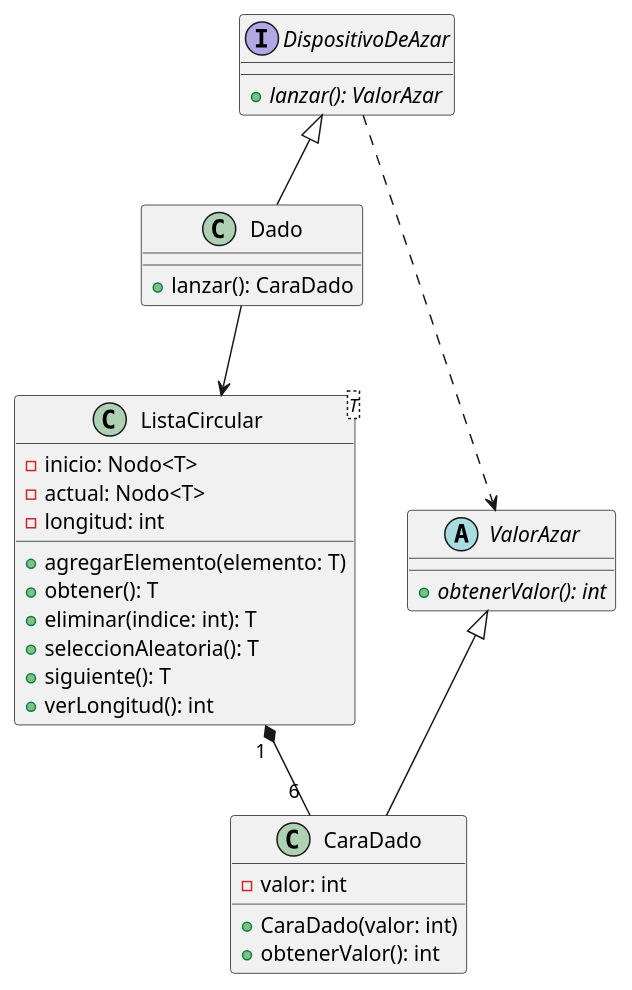
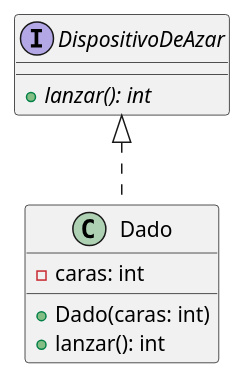
The diagram in diagrams/classes/DiagramasAlgoRomaUML/DispositivosDeAzar.puml (CrissRMFI/TP2-AlgoIII), drawn with PlantUML before and after one commit. The commit also changed 25 other files, not shown here.

Commit message:
se agregan mas diagramas de clases. se elimina ControlCaracteres.java porque no estaba siendo usado.

```diff
--- a/diagrams/classes/DiagramasAlgoRomaUML/DispositivosDeAzar.puml
+++ b/diagrams/classes/DiagramasAlgoRomaUML/DispositivosDeAzar.puml
@@ -1,43 +1,16 @@
 @startuml DispositivoDeAzar
 
 interface DispositivoDeAzar{
-    {abstract}+lanzar(): ValorAzar
+    +{abstract}lanzar(): int
 }
 
-abstract class ValorAzar{
-    +{abstract}obtenerValor(): int
+
+class Dado{
+    -caras: int
+    +Dado(caras: int)
+    +lanzar(): int
 }
 
-class Dado{
-    +lanzar(): CaraDado
-}
-
-class CaraDado{
-    -valor: int
-    +CaraDado(valor: int)
-    +obtenerValor(): int
-}
-
-class ListaCircular<T>{
-    -inicio: Nodo<T>
-    -actual: Nodo<T>
-    -longitud: int
-    +agregarElemento(elemento: T)
-    +obtener(): T
-    +eliminar(indice: int): T
-    +seleccionAleatoria(): T
-    +siguiente(): T
-    +verLongitud(): int
-}
-
-DispositivoDeAzar ..> ValorAzar
-DispositivoDeAzar <|-- Dado
-
-ListaCircular -[hidden]> ValorAzar
-
-Dado --> ListaCircular
-ListaCircular "1 " *-- "6 " CaraDado
-
-ValorAzar <|-- CaraDado
+DispositivoDeAzar <|.. Dado
 
 @enduml
```
